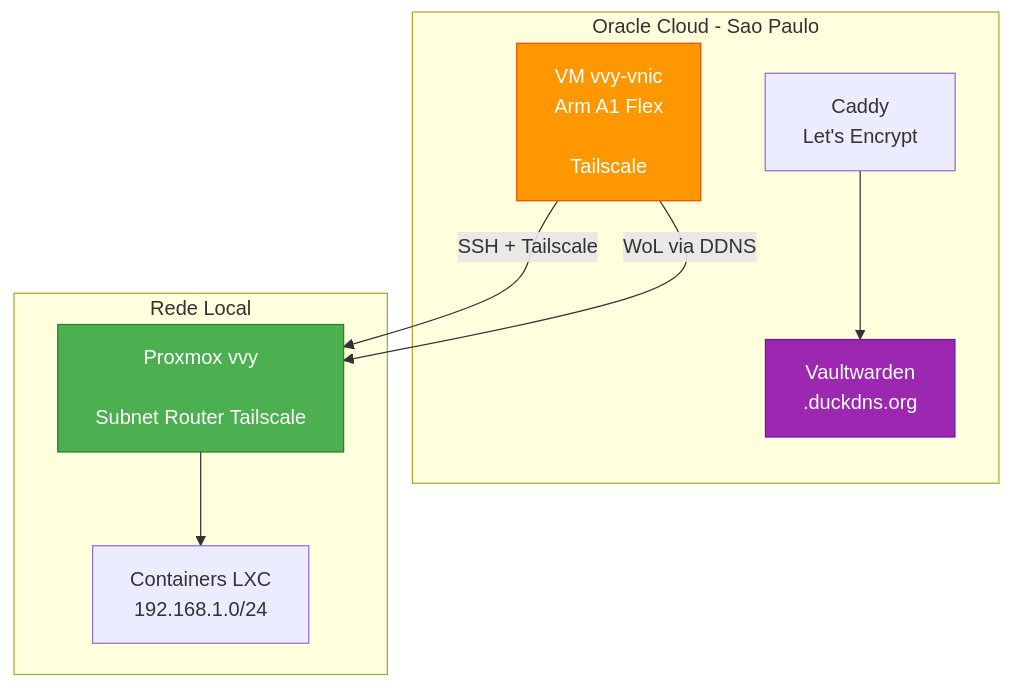
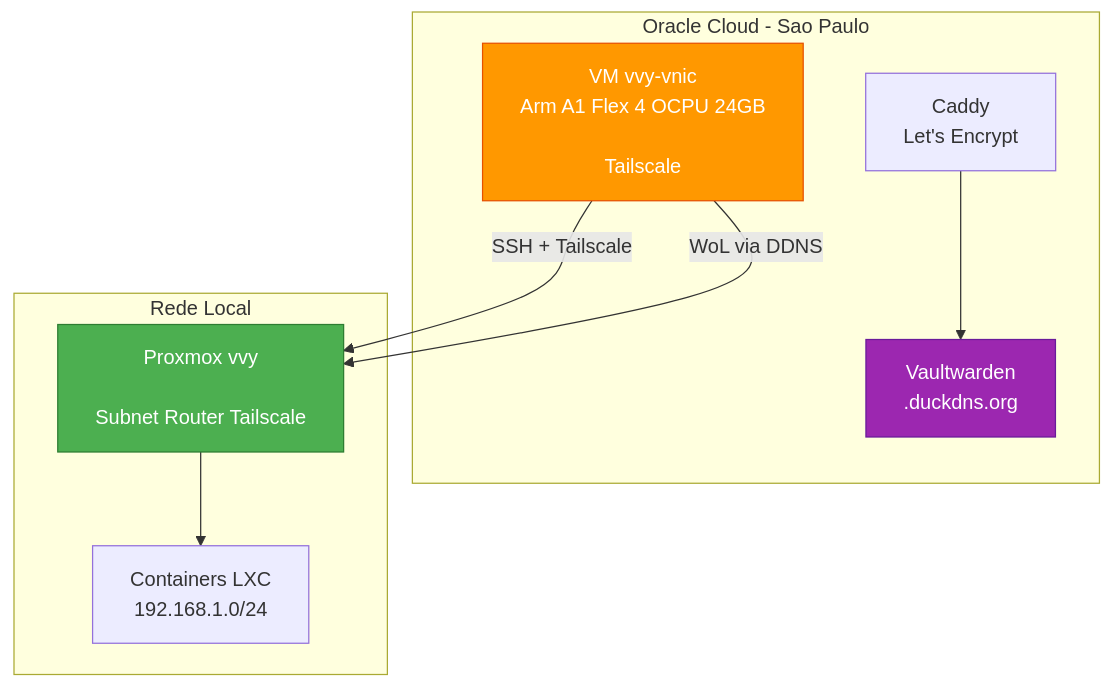
The diagram in oracle/README.md (mviniciusy/vvy-homelab), drawn with Mermaid before and after one commit. The commit also changed other lines of this file and 4 other files, not shown here.

Commit message:
sync: Oracle 4 OCPU / 24 GB (PAYG) + timelog 14/09

````diff
--- a/oracle/README.md
+++ b/oracle/README.md
@@ -11,22 +11,22 @@
 ```mermaid
 graph TB
     subgraph OracleCloud["Oracle Cloud - Sao Paulo"]
-        OCI[VM vvy-vnic<br/>Arm A1 Flex<br/><ORACLE_PUBLIC_IP><br/>Tailscale <TAILSCALE_ORACLE_VM_IP>]
+        OCI[VM vvy-vnic<br/>Arm A1 Flex 4 OCPU 24GB<br/><ORACLE_PUBLIC_IP><br/>Tailscale <TAILSCALE_ORACLE_VM_IP>]
         VW[Vaultwarden<br/><DUCKDNS_SUBDOMAIN>.duckdns.org]
         CD[Caddy<br/>Let's Encrypt]
     end
 
     subgraph Homelab["Rede Local"]
         VVY[Proxmox vvy<br/><HOST_IP><br/>Subnet Router Tailscale]
         LAN[Containers LXC<br/>192.168.1.0/24]
     end
 
     OCI -->|SSH + Tailscale| VVY
     OCI -->|WoL via DDNS| VVY
     VVY --> LAN
     CD --> VW
 
     style OCI fill:#ff9800,stroke:#e65100,color:#fff
     style VVY fill:#4caf50,stroke:#2e7d32,color:#fff
     style VW fill:#9c27b0,stroke:#6a1b9a,color:#fff
 ```
````
